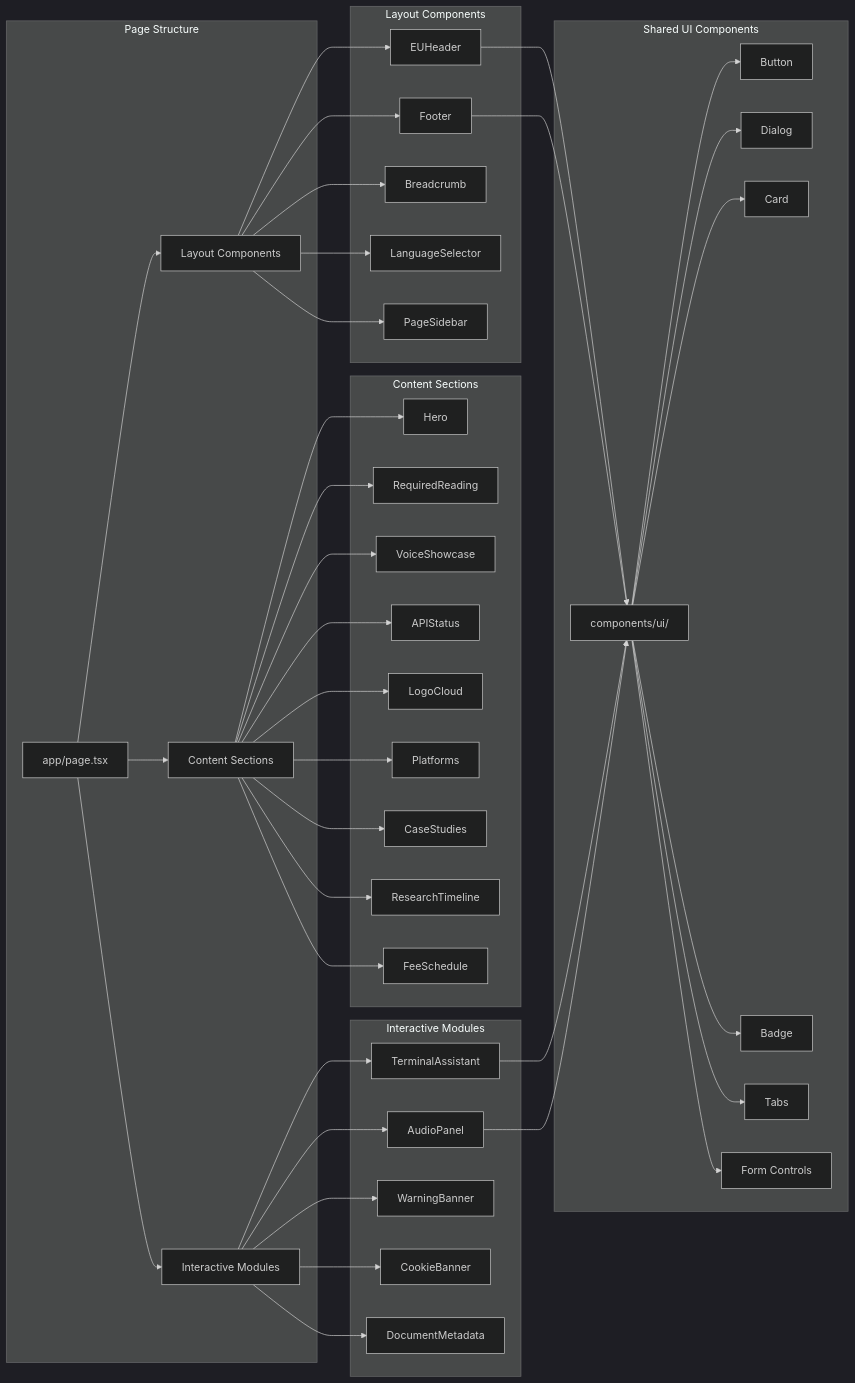
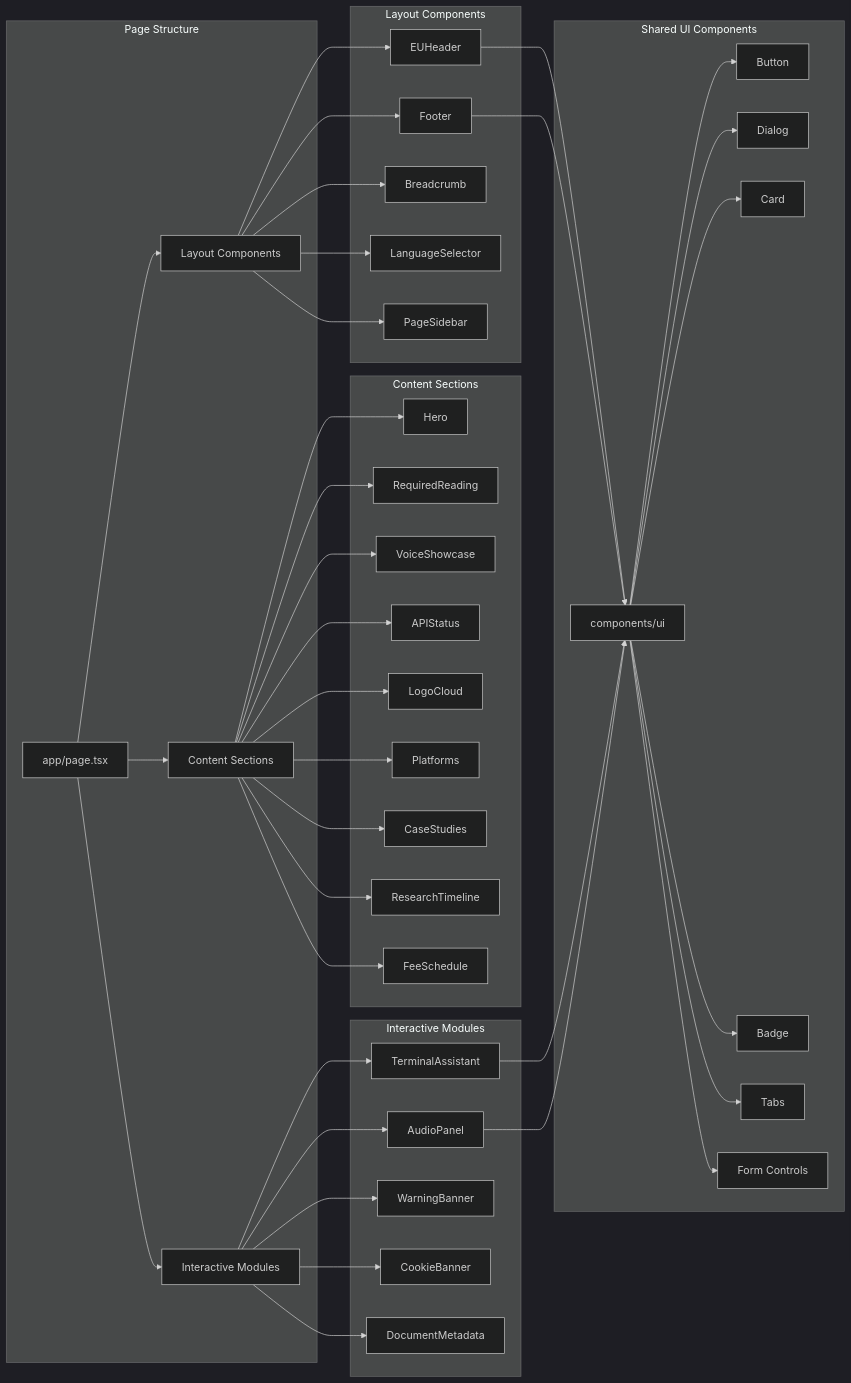
Before and after one commit to manojmallick/ElevenGov: the second of 4 diagrams in ARCHITECTURE.md, drawn with Mermaid (dark theme). The commit also changed other lines of this file, not shown here.

First line of the commit message:
Fix Mermaid diagram syntax errors for GitHub rendering

````diff
--- a/ARCHITECTURE.md
+++ b/ARCHITECTURE.md
@@ -94,50 +94,50 @@
 ```mermaid
 graph LR
     subgraph "Page Structure"
         A[app/page.tsx] --> B[Layout Components]
         A --> C[Content Sections]
         A --> D[Interactive Modules]
     end
     
     subgraph "Layout Components"
         B --> B1[EUHeader]
         B --> B2[Footer]
         B --> B3[Breadcrumb]
         B --> B4[LanguageSelector]
         B --> B5[PageSidebar]
     end
     
     subgraph "Content Sections"
         C --> C1[Hero]
         C --> C2[RequiredReading]
         C --> C3[VoiceShowcase]
         C --> C4[APIStatus]
         C --> C5[LogoCloud]
         C --> C6[Platforms]
         C --> C7[CaseStudies]
         C --> C8[ResearchTimeline]
         C --> C9[FeeSchedule]
     end
     
     subgraph "Interactive Modules"
         D --> D1[TerminalAssistant]
         D --> D2[AudioPanel]
         D --> D3[WarningBanner]
         D --> D4[CookieBanner]
         D --> D5[DocumentMetadata]
     end
     
     subgraph "Shared UI Components"
-        E[components/ui/] --> E1[Button]
+        E["components/ui"] --> E1[Button]
         E --> E2[Dialog]
         E --> E3[Card]
         E --> E4[Badge]
         E --> E5[Tabs]
         E --> E6[Form Controls]
     end
     
     B1 --> E
     B2 --> E
     D1 --> E
     D2 --> E
 ```
````
